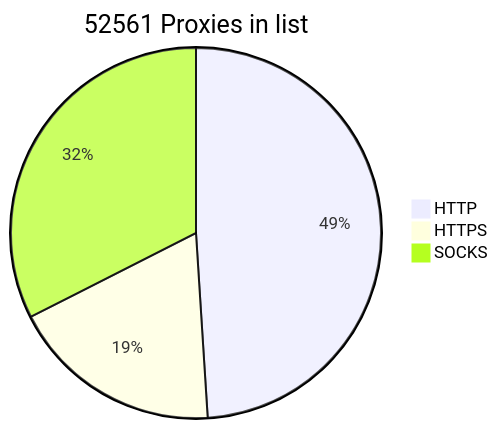
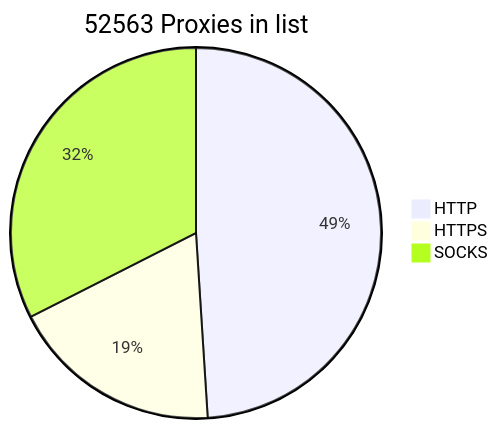
One commit to BlackSnowDot/proxylist-update-every-minute changed the diagram in README.md. Above: the diagram before and after it, drawn with Mermaid.

````diff
--- a/README.md
+++ b/README.md
@@ -2,6 +2,6 @@
 ```mermaid
-pie title 52561 Proxies in list
+pie title 52563 Proxies in list
     "HTTP" : 28986
     "HTTPS": 10968
-    "SOCKS" : 19211
+    "SOCKS" : 19213
 ```
````
